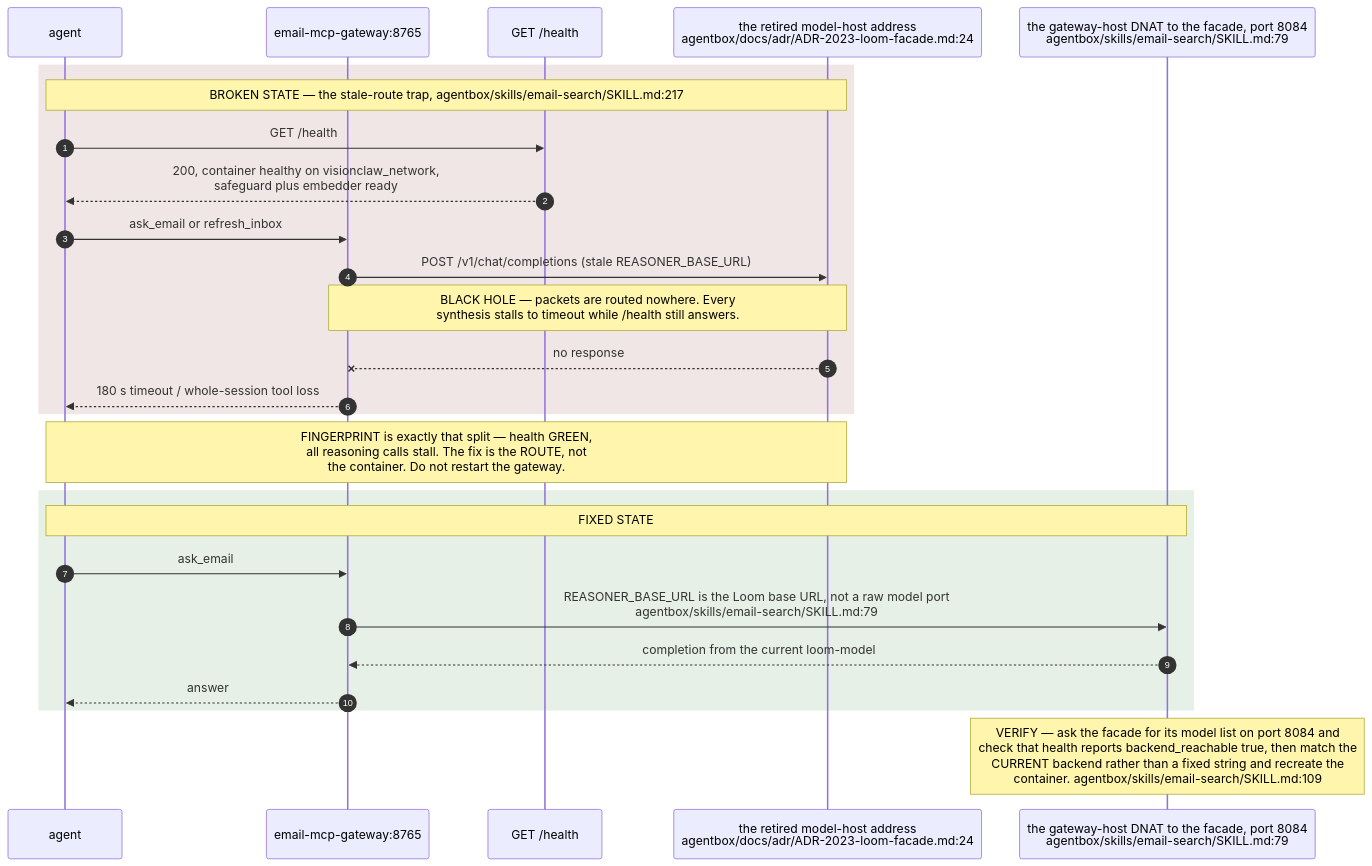
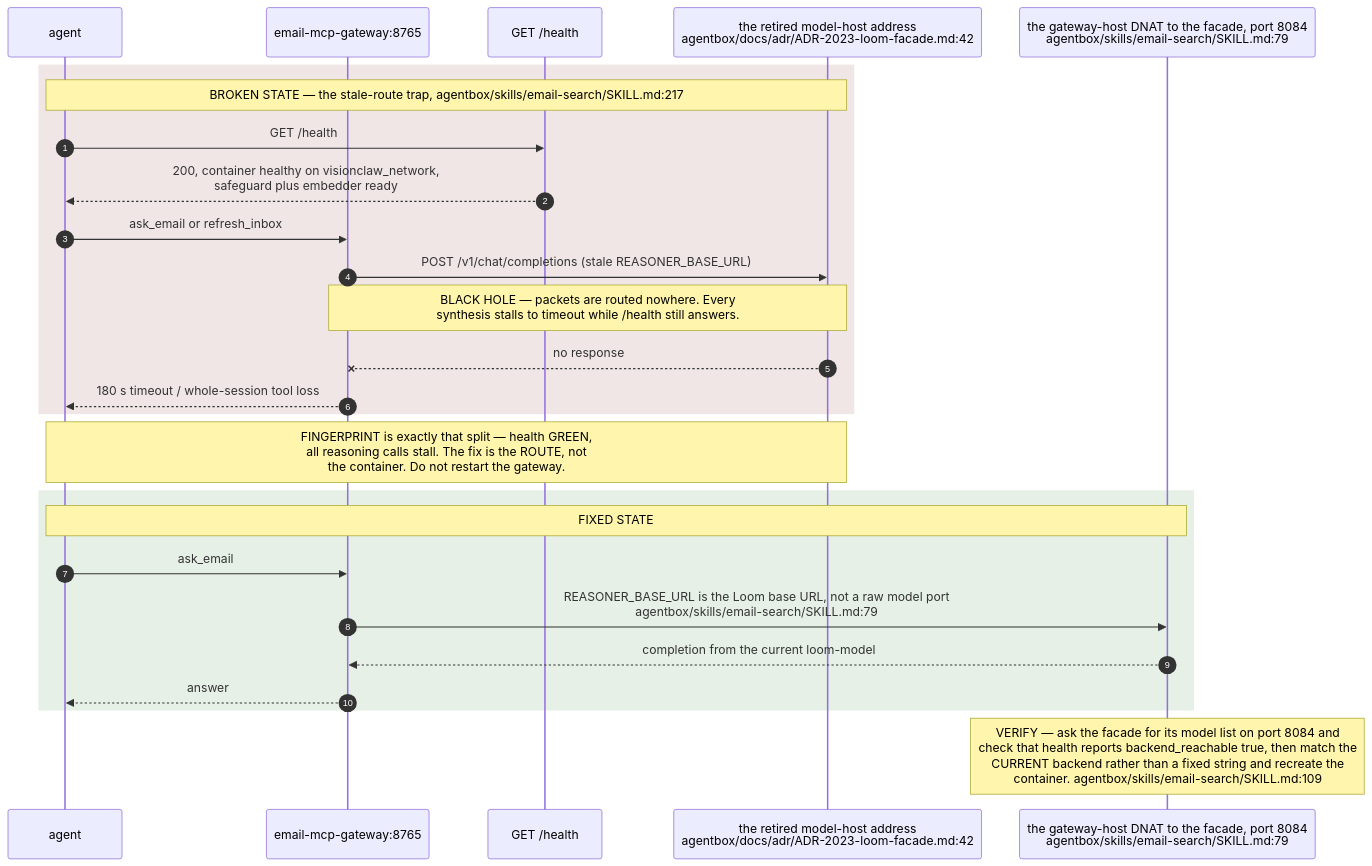
The seventh of 11 diagrams in docs/diagrams/estate/06-loom-and-email-privacy-path.md (DreamLab-AI/VisionFlow), drawn with Mermaid before and after one commit. The commit also changed other lines of this file and 94 other files, not shown here.

First line of the commit message:
docs(diagrams): re-verify 130 topics against 2 October HEADs

````diff
--- a/docs/diagrams/estate/06-loom-and-email-privacy-path.md
+++ b/docs/diagrams/estate/06-loom-and-email-privacy-path.md
@@ -220,29 +220,29 @@
 ```mermaid
 sequenceDiagram
     autonumber
     participant A as agent
     participant G as email-mcp-gateway:8765
     participant H as GET /health
-    participant DEAD as the retired model-host address<br/>agentbox/docs/adr/ADR-2023-loom-facade.md:24
+    participant DEAD as the retired model-host address<br/>agentbox/docs/adr/ADR-2023-loom-facade.md:42
     participant GOOD as the gateway-host DNAT to the facade, port 8084<br/>agentbox/skills/email-search/SKILL.md:79
 
     rect rgb(240,230,230)
     Note over A,DEAD: BROKEN STATE — the stale-route trap, agentbox/skills/email-search/SKILL.md:217
     A->>H: GET /health
     H-->>A: 200, container healthy on visionclaw_network,<br/>safeguard plus embedder ready
     A->>G: ask_email or refresh_inbox
     G->>DEAD: POST /v1/chat/completions (stale REASONER_BASE_URL)
     Note over G,DEAD: BLACK HOLE — packets are routed nowhere. Every<br/>synthesis stalls to timeout while /health still answers.
     DEAD--xG: no response
     G-->>A: 180 s timeout / whole-session tool loss
     end
     Note over A,DEAD: FINGERPRINT is exactly that split — health GREEN,<br/>all reasoning calls stall. The fix is the ROUTE, not<br/>the container. Do not restart the gateway.
     rect rgb(230,240,230)
     Note over A,GOOD: FIXED STATE
     A->>G: ask_email
     G->>GOOD: REASONER_BASE_URL is the Loom base URL, not a raw model port<br/>agentbox/skills/email-search/SKILL.md:79
     GOOD-->>G: completion from the current loom-model
     G-->>A: answer
     end
     Note over GOOD: VERIFY — ask the facade for its model list on port 8084 and<br/>check that health reports backend_reachable true, then match the<br/>CURRENT backend rather than a fixed string and recreate the<br/>container. agentbox/skills/email-search/SKILL.md:109
 ```
````
